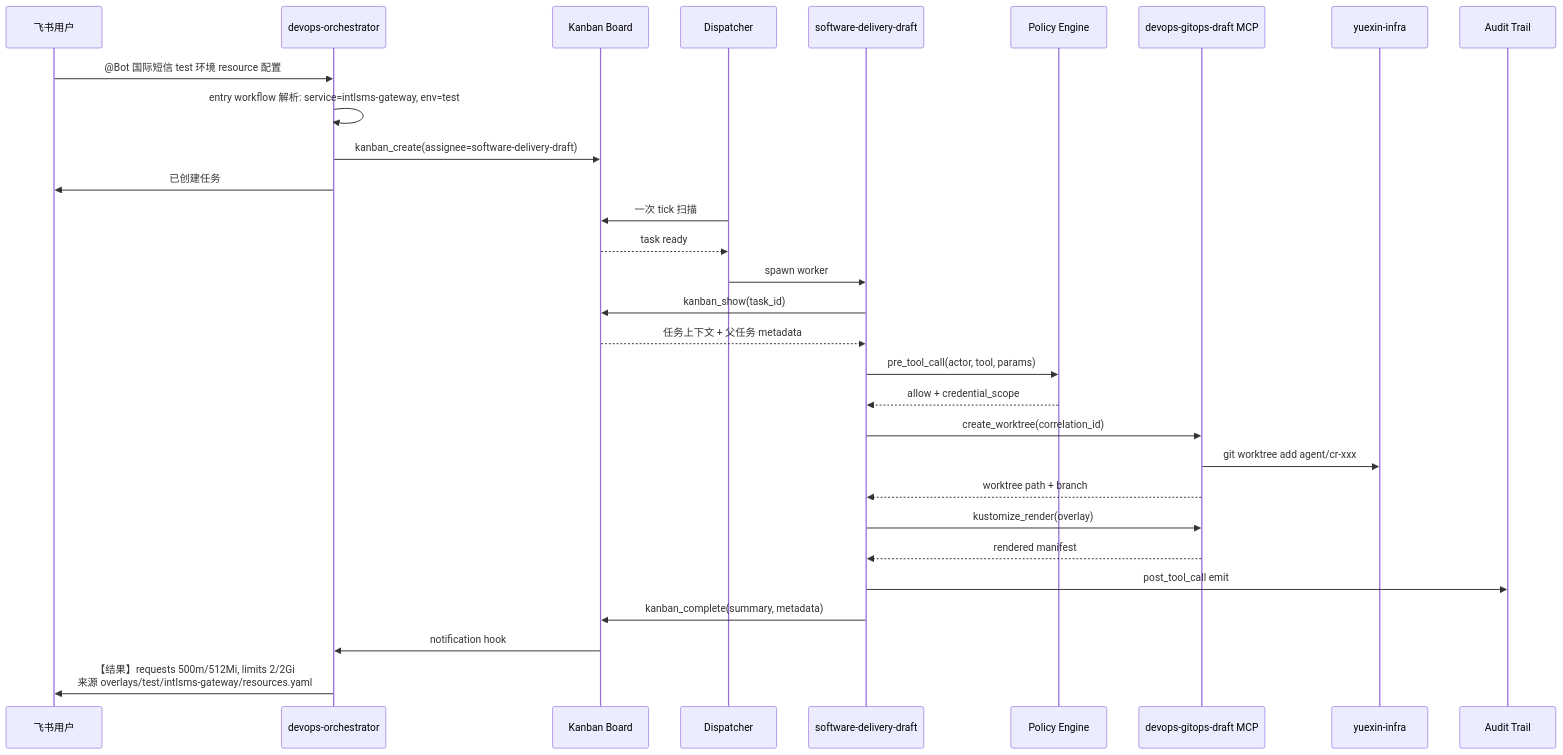
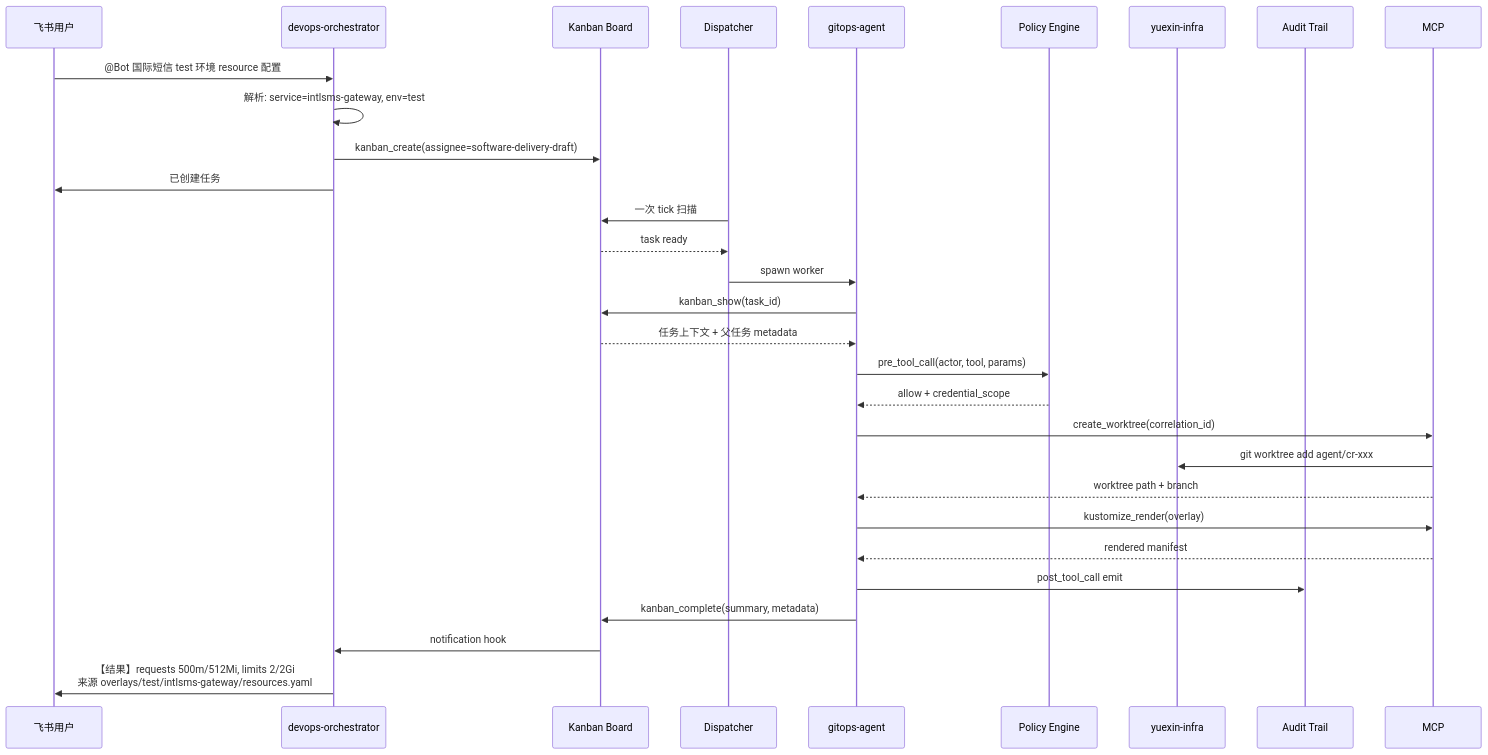
Before and after one commit to gongxiude/hermes-devops-agent: the diagram in docs/reports/14-hermes-devops-agent-six-planes-report.md, drawn with Mermaid. The commit also changed other lines of this file, not shown here.

````diff
--- a/docs/reports/14-hermes-devops-agent-six-planes-report.md
+++ b/docs/reports/14-hermes-devops-agent-six-planes-report.md
@@ -494,40 +500,39 @@
 ```mermaid
 sequenceDiagram
     participant User as 飞书用户
     participant Orch as devops-orchestrator
     participant Board as Kanban Board
     participant Disp as Dispatcher
-    participant Worker as software-delivery-draft
+    participant Worker as gitops-agent
     participant Policy as Policy Engine
-    participant MCP as devops-gitops-draft MCP
     participant Git as yuexin-infra
     participant Audit as Audit Trail
 
     User->>Orch: @Bot 国际短信 test 环境 resource 配置
-    Orch->>Orch: entry workflow 解析: service=intlsms-gateway, env=test
+    Orch->>Orch: 解析: service=intlsms-gateway, env=test
     Orch->>Board: kanban_create(assignee=software-delivery-draft)
     Orch->>User: 已创建任务 #N，处理中
 
     Disp->>Board: 一次 tick 扫描
     Board-->>Disp: task ready
     Disp->>Worker: spawn worker
 
     Worker->>Board: kanban_show(task_id)
     Board-->>Worker: 任务上下文 + 父任务 metadata
 
     Worker->>Policy: pre_tool_call(actor, tool, params)
     Policy-->>Worker: allow + credential_scope
 
     Worker->>MCP: create_worktree(correlation_id)
     MCP->>Git: git worktree add agent/cr-xxx
     MCP-->>Worker: worktree path + branch
 
     Worker->>MCP: kustomize_render(overlay)
     MCP-->>Worker: rendered manifest
 
     Worker->>Audit: post_tool_call emit
     Worker->>Board: kanban_complete(summary, metadata)
 
     Board->>Orch: notification hook
     Orch->>User: 【结果】requests 500m/512Mi, limits 2/2Gi<br/>来源 overlays/test/intlsms-gateway/resources.yaml
 ```
````
